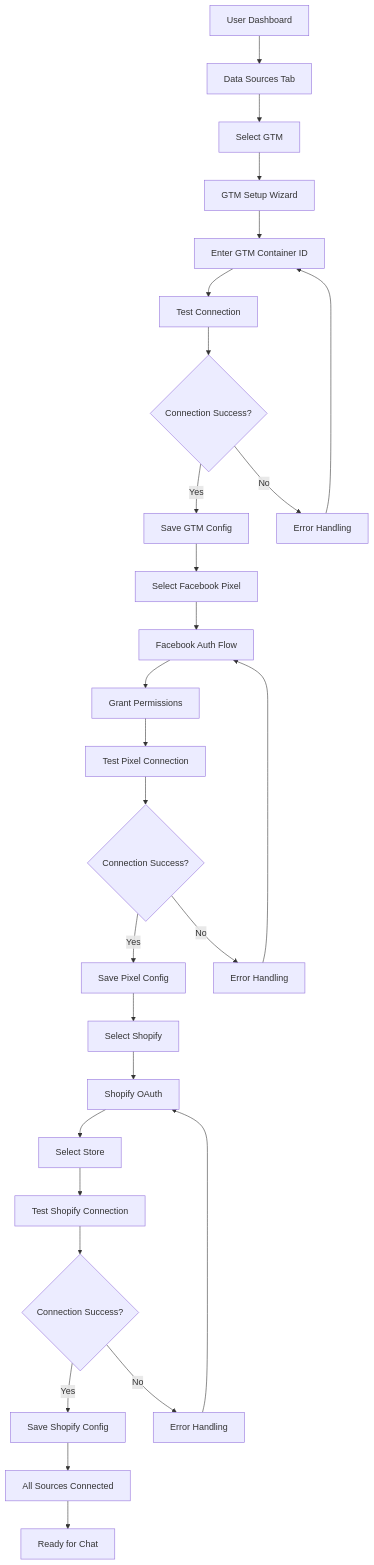
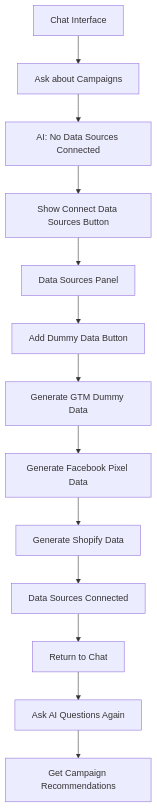
One commit to sakibrahmanchy/markopolo-ai-fullstack-challenge changed the third of 5 diagrams in docs/user-flow.md. Above: the diagram before and after it, drawn with Mermaid. The commit also changed other lines of this file and 18 other files, not shown here.

````diff
--- a/docs/user-flow.md
+++ b/docs/user-flow.md
@@ -53,30 +56,15 @@
 ```mermaid
 flowchart TD
-    A[User Dashboard] --> B[Data Sources Tab]
-    B --> C[Select GTM]
-    C --> D[GTM Setup Wizard]
-    D --> E[Enter GTM Container ID]
-    E --> F[Test Connection]
-    F --> G{Connection Success?}
-    G -->|Yes| H[Save GTM Config]
-    G -->|No| I[Error Handling]
-    I --> E
-    H --> J[Select Facebook Pixel]
-    J --> K[Facebook Auth Flow]
-    K --> L[Grant Permissions]
-    L --> M[Test Pixel Connection]
-    M --> N{Connection Success?}
-    N -->|Yes| O[Save Pixel Config]
-    N -->|No| P[Error Handling]
-    P --> K
-    O --> Q[Select Shopify]
-    Q --> R[Shopify OAuth]
-    R --> S[Select Store]
-    S --> T[Test Shopify Connection]
-    T --> U{Connection Success?}
-    U -->|Yes| V[Save Shopify Config]
-    U -->|No| W[Error Handling]
-    W --> R
-    V --> X[All Sources Connected]
-    X --> Y[Ready for Chat]
+    A[Chat Interface] --> B[Ask about Campaigns]
+    B --> C[AI: No Data Sources Connected]
+    C --> D[Show Connect Data Sources Button]
+    D --> E[Data Sources Panel]
+    E --> F[Add Dummy Data Button]
+    F --> G[Generate GTM Dummy Data]
+    G --> H[Generate Facebook Pixel Data]
+    H --> I[Generate Shopify Data]
+    I --> J[Data Sources Connected]
+    J --> K[Return to Chat]
+    K --> L[Ask AI Questions Again]
+    L --> M[Get Campaign Recommendations]
 ```
````
